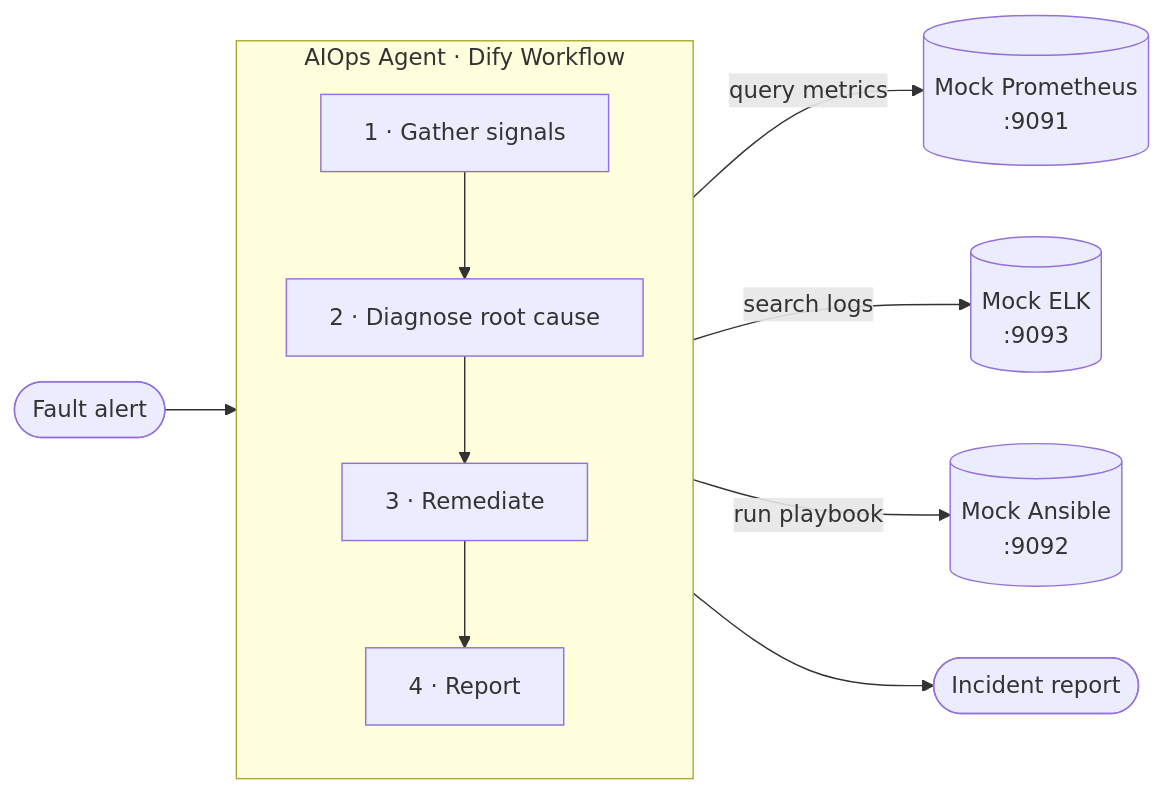
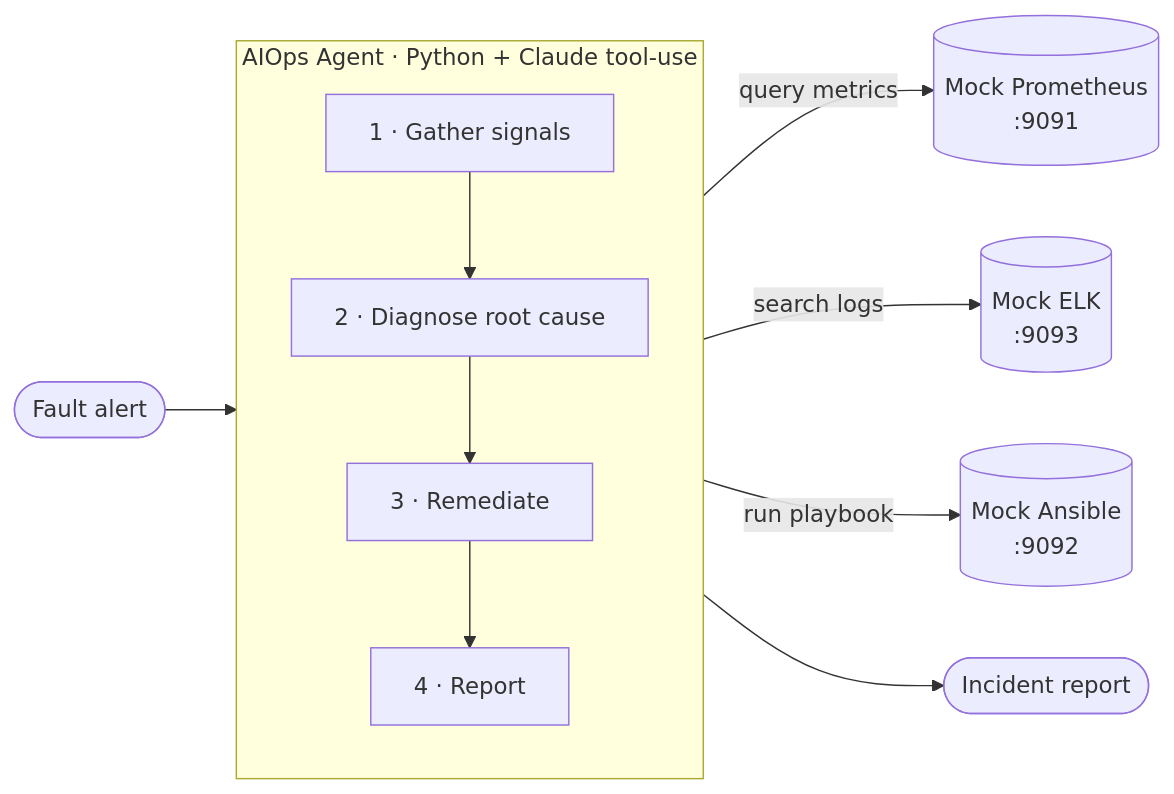
Before and after one commit to canyang25/AIOPS: the diagram in README.md, drawn with Mermaid. The commit also changed other lines of this file and 3 other files, not shown here.

First line of the commit message:
Add self-contained Python agent (Claude tool-use loop)

````diff
--- a/README.md
+++ b/README.md
@@ -13,19 +13,19 @@
 ```mermaid
 flowchart LR
     ALERT([Fault alert]) --> AGENT
 
-    subgraph AGENT [AIOps Agent · Dify Workflow]
+    subgraph AGENT [AIOps Agent · Python + Claude tool-use]
         direction TB
         D1[1 · Gather signals]
         D2[2 · Diagnose root cause]
         D3[3 · Remediate]
         D4[4 · Report]
         D1 --> D2 --> D3 --> D4
     end
 
     D1 -->|query metrics| PROM[(Mock Prometheus<br/>:9091)]
     D1 -->|search logs| ELK[(Mock ELK<br/>:9093)]
     D3 -->|run playbook| ANS[(Mock Ansible<br/>:9092)]
 
     D4 --> REPORT([Incident report])
 ```
````
